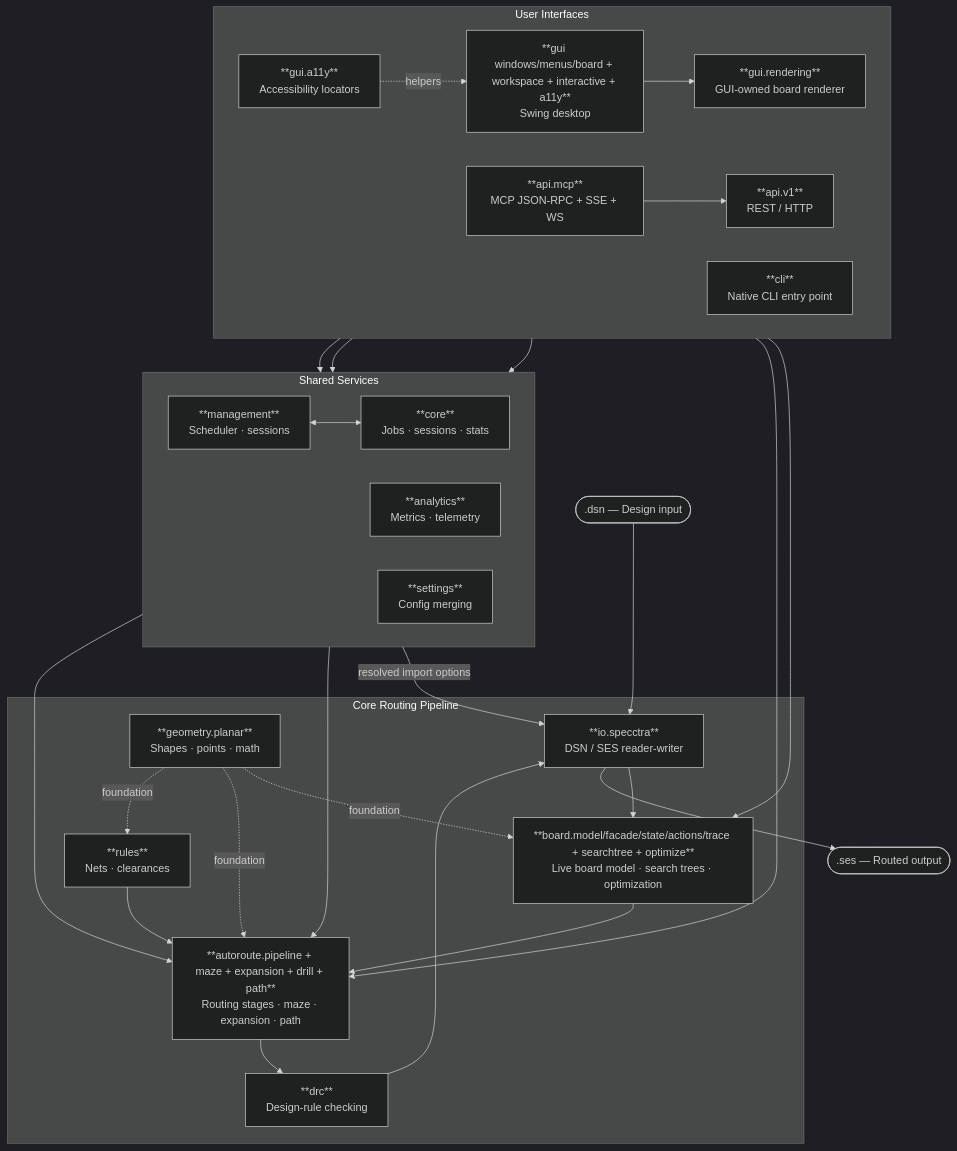
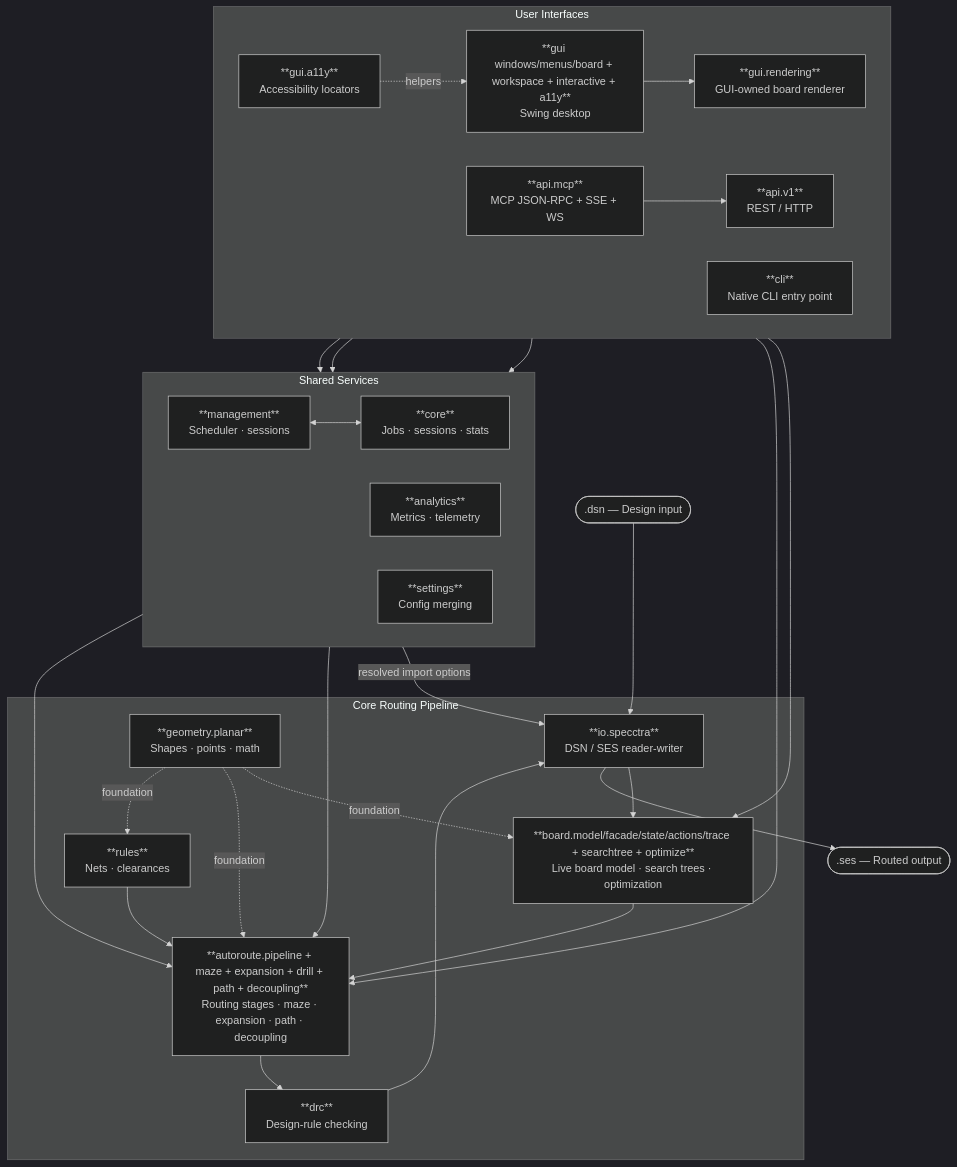
One commit to freerouting/freerouting changed the diagram in docs/architecture.md. Above: the diagram before and after it, drawn with Mermaid (dark theme). The commit also changed other lines of this file and 8 other files, not shown here.

Commit message:
docs(architecture): document autoroute decoupling package and architecture diagram

````diff
--- a/docs/architecture.md
+++ b/docs/architecture.md
@@ -16,52 +16,52 @@
 ```mermaid
 flowchart TD
     DSN([".dsn — Design input"])
     SES([".ses — Routed output"])
 
     subgraph interfaces ["User Interfaces"]
         direction LR
         GUI["**gui windows/menus/board + workspace + interactive + a11y**\nSwing desktop"]
         RENDER["**gui.rendering**\nGUI-owned board renderer"]
         A11Y["**gui.a11y**\nAccessibility locators"]
         API["**api.v1**\nREST / HTTP"]
         MCP["**api.mcp**\nMCP JSON-RPC + SSE + WS"]
         CLI["**cli**\nNative CLI entry point"]
     end
 
     subgraph services ["Shared Services"]
         direction LR
         MGMT["**management**\nScheduler · sessions"]
         ANALYTICS["**analytics**\nMetrics · telemetry"]
         CORE["**core**\nJobs · sessions · stats"]
         CFG["**settings**\nConfig merging"]
     end
 
     subgraph pipeline ["Core Routing Pipeline"]
         IO["**io.specctra**\nDSN / SES reader-writer"]
         BOARD["**board.model/facade/state/actions/trace + searchtree + optimize**\nLive board model · search trees · optimization"]
         RULES["**rules**\nNets · clearances"]
-        AR["**autoroute.pipeline + maze + expansion + drill + path**\nRouting stages · maze · expansion · path"]
+        AR["**autoroute.pipeline + maze + expansion + drill + path + decoupling**\nRouting stages · maze · expansion · path · decoupling"]
         DRC["**drc**\nDesign-rule checking"]
         GEO["**geometry.planar**\nShapes · points · math"]
     end
 
     DSN --> IO --> BOARD
     MGMT -->|resolved import options| IO
     RULES --> AR
     BOARD --> AR
     AR --> DRC --> IO --> SES
     GEO -. foundation .-> BOARD
     GEO -. foundation .-> AR
     GEO -. foundation .-> RULES
 
     GUI --> MGMT
     GUI --> RENDER --> BOARD
     RENDER --> AR
     A11Y -. helpers .-> GUI
     API --> MGMT
     MCP --> API
     CLI --> MGMT
     MGMT <--> CORE
     CFG --> AR
     CORE --> AR
 ```
````
